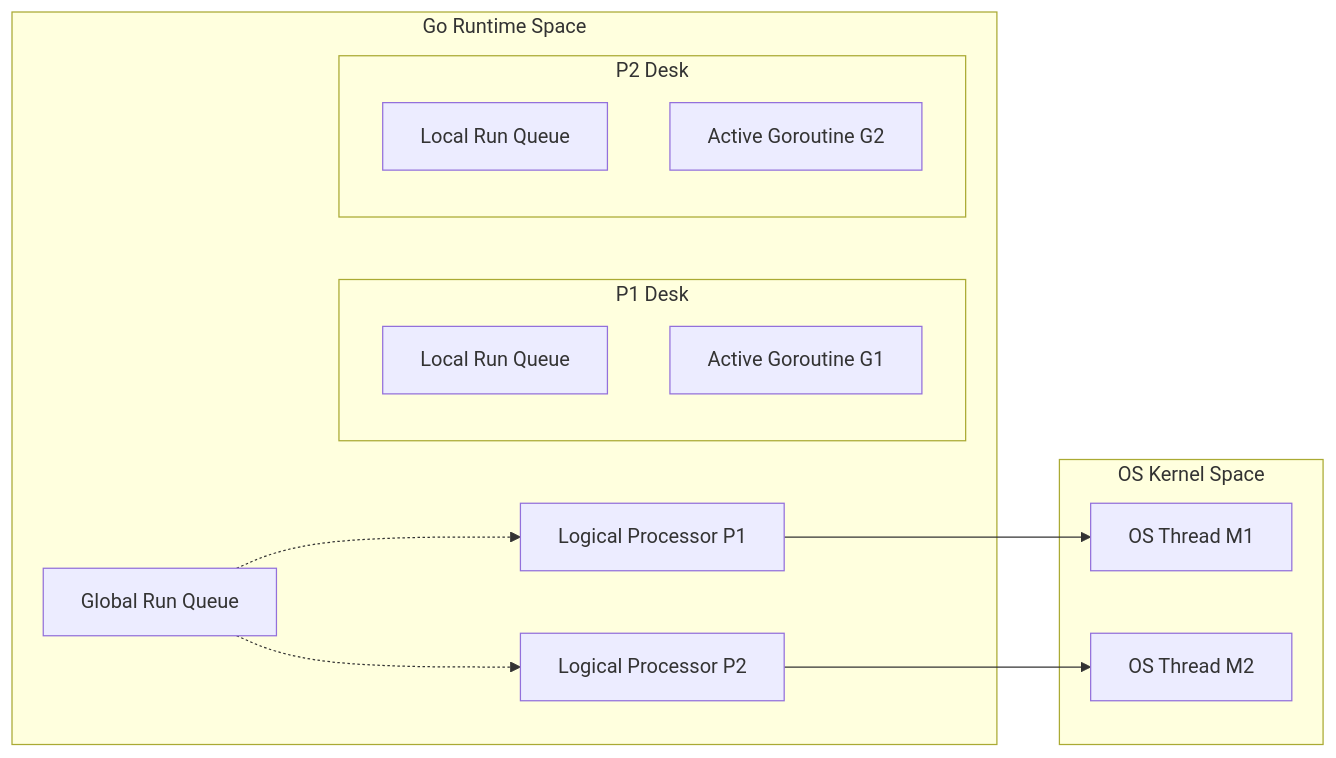
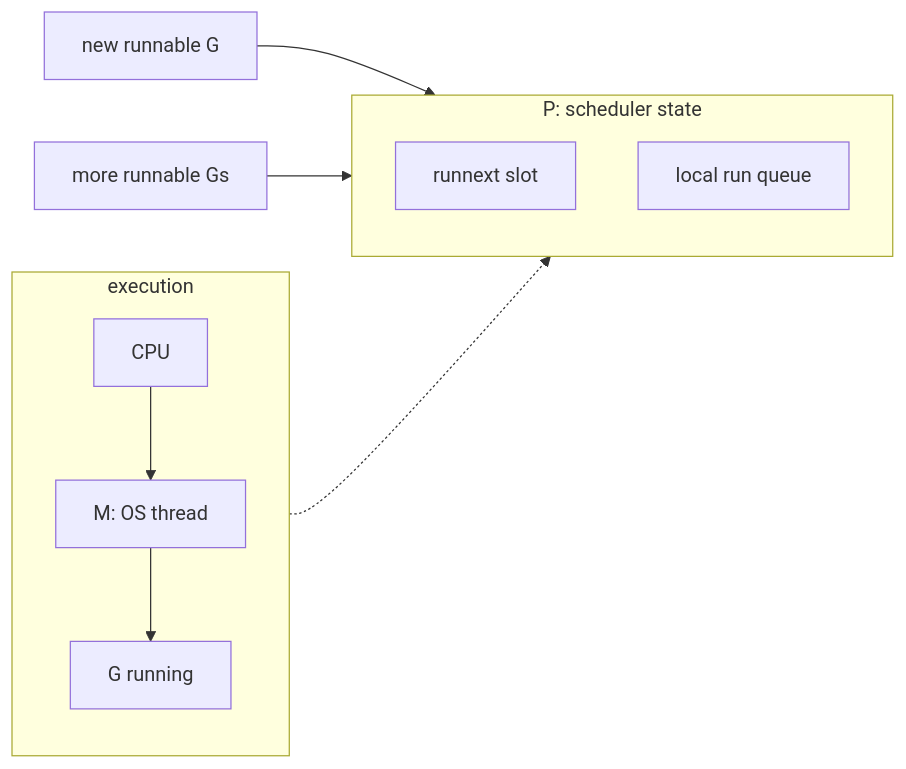
Before and after one commit to nvkhuy/nvkhuy.github.io: the first of 6 diagrams in src/content/blog/2026-06-14-understanding-go-scheduler-gmp.md, drawn with Mermaid. The commit also changed other lines of this file and 3 other files, not shown here.

````diff
--- a/src/content/blog/2026-06-14-understanding-go-scheduler-gmp.md
+++ b/src/content/blog/2026-06-14-understanding-go-scheduler-gmp.md
@@ -153,25 +48,23 @@
 ```mermaid
-graph LR
-    subgraph OS_Kernel[OS Kernel Space]
-        M1[OS Thread M1]
-        M2[OS Thread M2]
+flowchart LR
+    subgraph Exec[execution]
+        direction TB
+        CPU[CPU]
+        M[M: OS thread]
+        Running[G running]
+        CPU --> M --> Running
     end
 
-    subgraph Go_Runtime[Go Runtime Space]
-        P1[Logical Processor P1] --> M1
-        P2[Logical Processor P2] --> M2
-        
-        subgraph P1_Context[P1 Desk]
-            LRQ1[Local Run Queue]
-            G_active1[Active Goroutine G1]
-        end
+    subgraph P[P: scheduler state]
+        direction TB
+        RN[runnext slot]
+        LRQ[local run queue]
+    end
 
-        subgraph P2_Context[P2 Desk]
-            LRQ2[Local Run Queue]
-            G_active2[Active Goroutine G2]
-        end
-        
-        GRQ[Global Run Queue] -.-> P1
-        GRQ -.-> P2
-    end
+    NewG[new runnable G]
+    OtherG[more runnable Gs]
+
+    M -.-> P
+    NewG --> RN
+    OtherG --> LRQ
 ```
````
